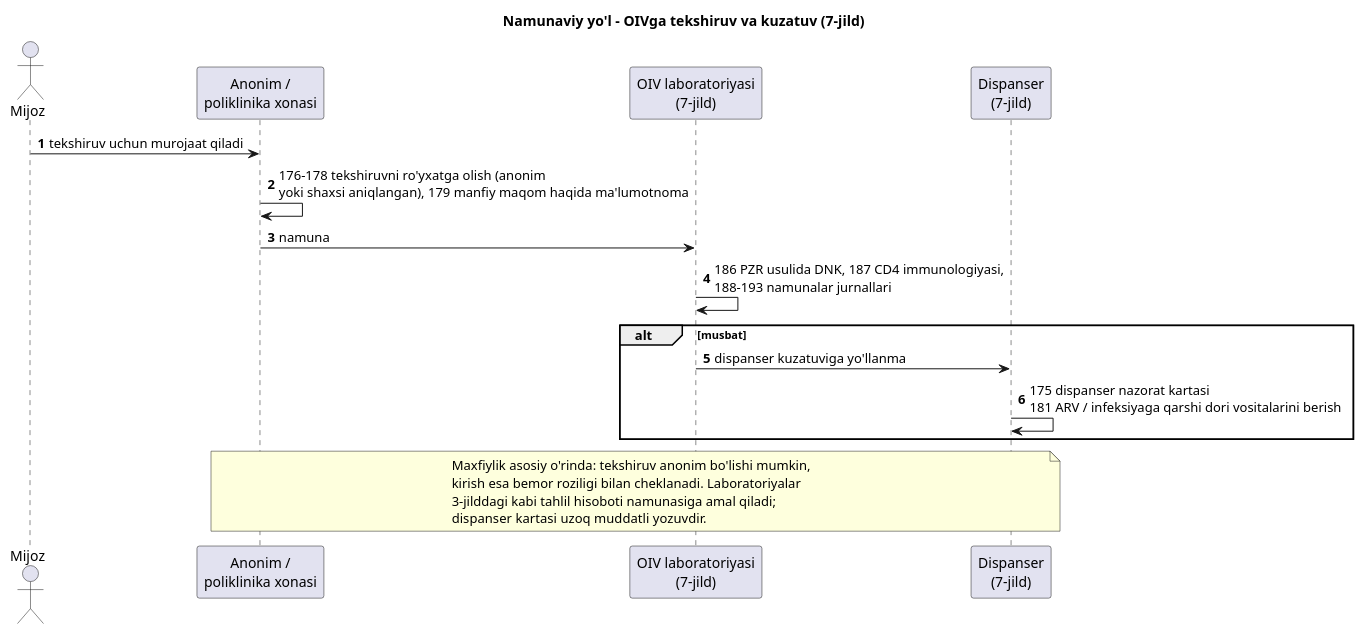
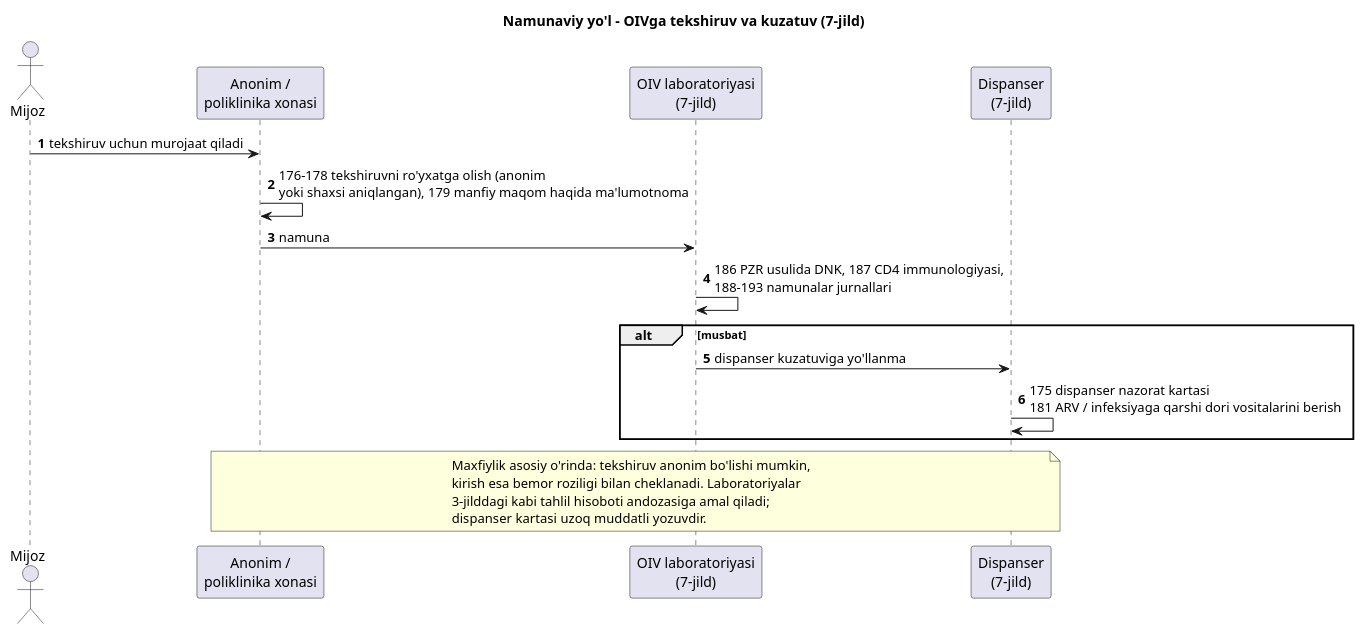
One commit to uzinfocom-org/digital-health-integration changed the diagram in input/images-source/forms-vol07-flow-uz.plantuml. Above: the diagram before and after it, drawn with PlantUML. The commit also changed 30 other files, not shown here.

```diff
--- a/input/images-source/forms-vol07-flow-uz.plantuml
+++ b/input/images-source/forms-vol07-flow-uz.plantuml
@@ -1,25 +1,25 @@
 @startuml forms-vol07-flow-uz
 title Namunaviy yo'l - OIVga tekshiruv va kuzatuv (7-jild)
 autonumber
 
 actor Mijoz as C
 participant "Anonim /\npoliklinika xonasi" as OFF
 participant "OIV laboratoriyasi\n(7-jild)" as LAB
 participant "Dispanser\n(7-jild)" as DISP
 
 C -> OFF : tekshiruv uchun murojaat qiladi
 OFF -> OFF : 176-178 tekshiruvni ro'yxatga olish (anonim\nyoki shaxsi aniqlangan), 179 manfiy maqom haqida ma'lumotnoma
 OFF -> LAB : namuna
 LAB -> LAB : 186 PZR usulida DNK, 187 CD4 immunologiyasi,\n188-193 namunalar jurnallari
 alt musbat
   LAB -> DISP : dispanser kuzatuviga yo'llanma
   DISP -> DISP : 175 dispanser nazorat kartasi\n181 ARV / infeksiyaga qarshi dori vositalarini berish
 end
 
 note over OFF, DISP
   Maxfiylik asosiy o'rinda: tekshiruv anonim bo'lishi mumkin,
   kirish esa bemor roziligi bilan cheklanadi. Laboratoriyalar
-  3-jilddagi kabi tahlil hisoboti namunasiga amal qiladi;
+  3-jilddagi kabi tahlil hisoboti andozasiga amal qiladi;
   dispanser kartasi uzoq muddatli yozuvdir.
 end note
 @enduml
```
